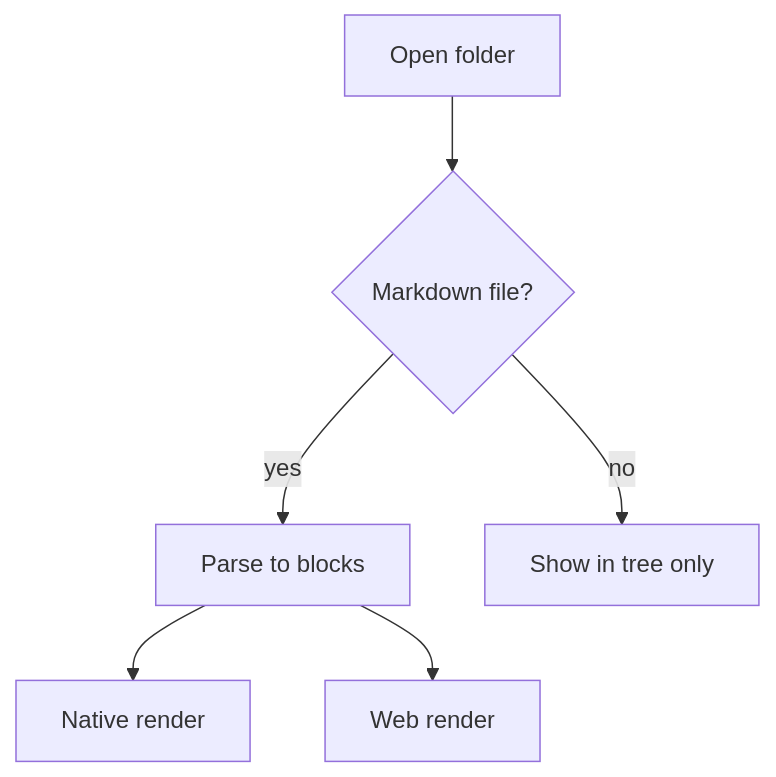
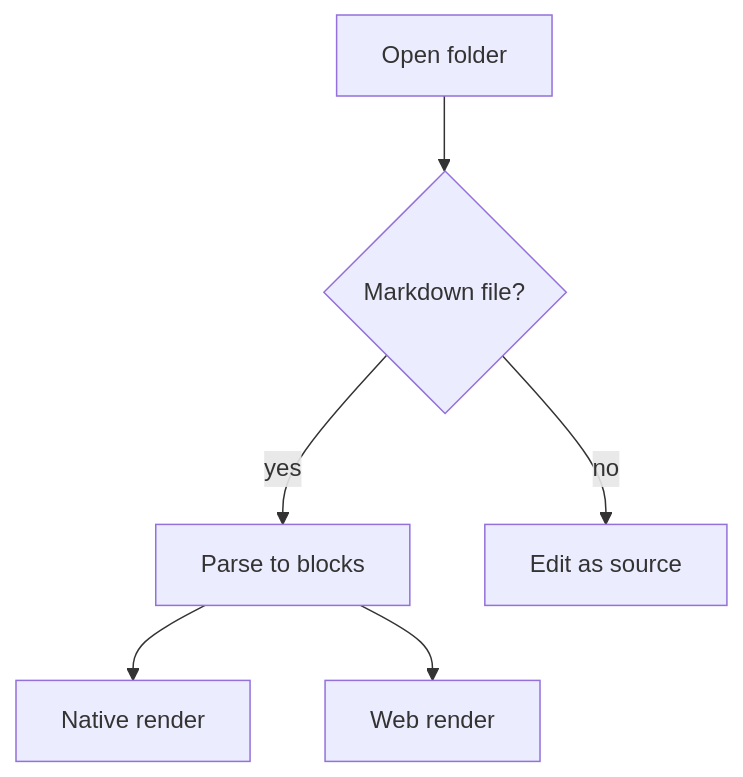
The first of 7 diagrams in sample/docs/diagrams.md (wxxb789/markturbo), drawn with Mermaid before and after one commit. The commit also changed 115 other files, not shown here.

````diff
--- a/sample/docs/diagrams.md
+++ b/sample/docs/diagrams.md
@@ -12,8 +12,8 @@
 ```mermaid
 graph TD;
   A[Open folder] --> B{Markdown file?};
   B -->|yes| C[Parse to blocks];
-  B -->|no| D[Show in tree only];
+  B -->|no| D[Edit as source];
   C --> E[Native render];
   C --> F[Web render];
 ```
````
